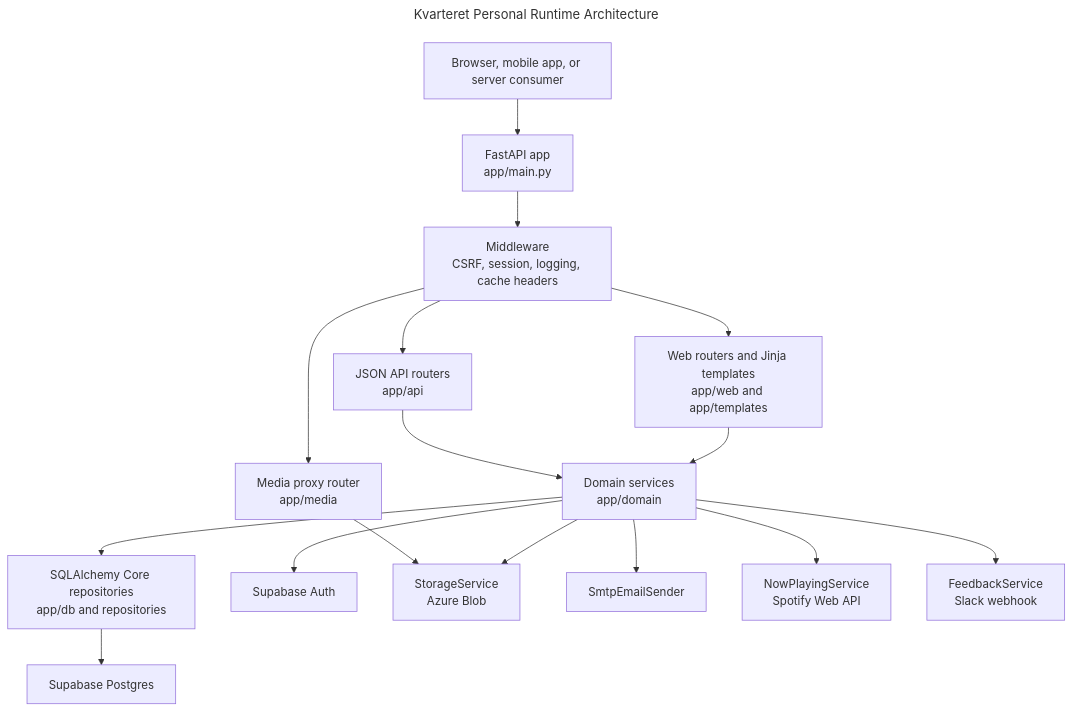
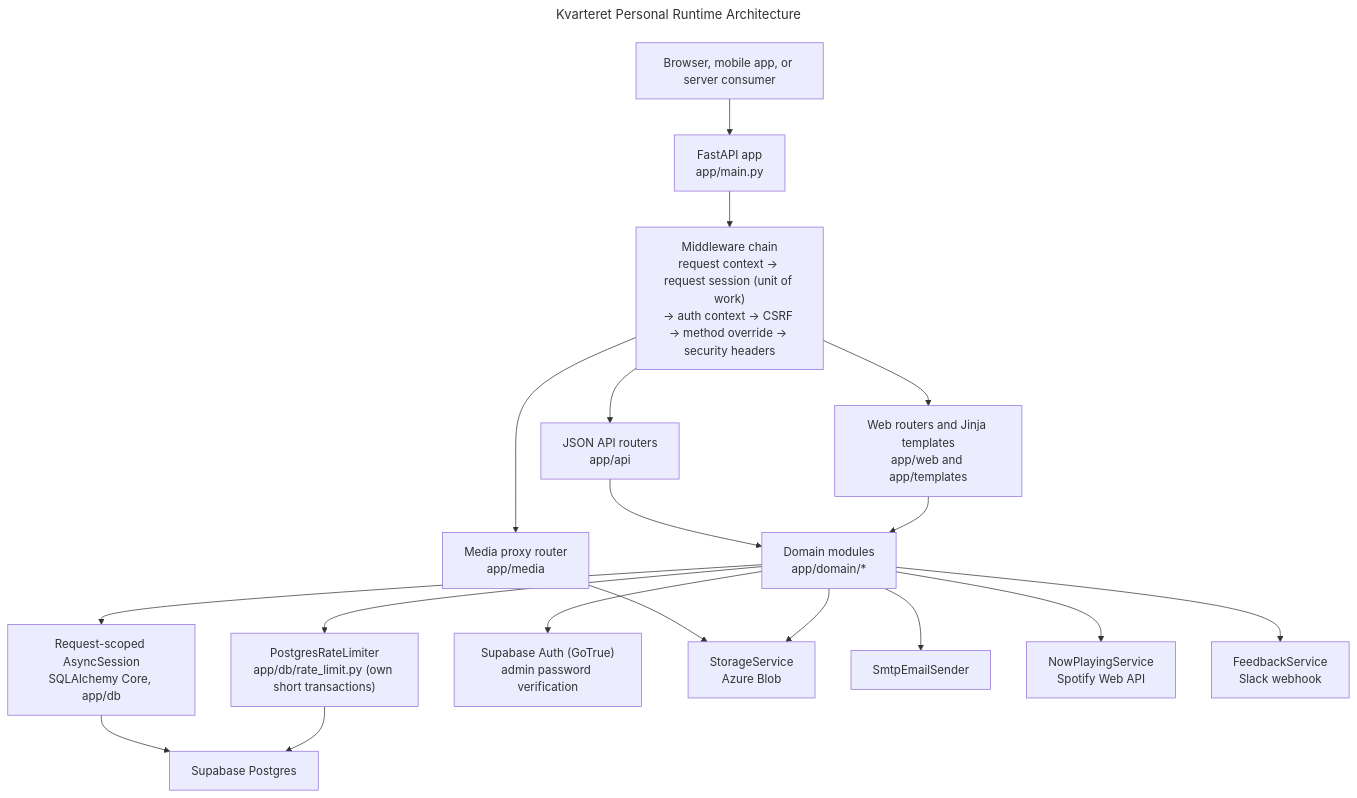
The first of 3 diagrams in docs/explanation/kvarteret-personal-architecture.md (kvarteret/kvarteret-personal), drawn with Mermaid before and after one commit. The commit also changed other lines of this file and 7 other files, not shown here.

First line of the commit message:
docs: refresh Diataxis docs to as-built state with Mermaid diagrams

````diff
--- a/docs/explanation/kvarteret-personal-architecture.md
+++ b/docs/explanation/kvarteret-personal-architecture.md
@@ -14,36 +12,39 @@
 ```mermaid
 ---
 title: Kvarteret Personal Runtime Architecture
 ---
 flowchart TB
     client["Browser, mobile app, or server consumer"]
     app["FastAPI app\napp/main.py"]
-    middleware["Middleware\nCSRF, session, logging, cache headers"]
+    middleware["Middleware chain\nrequest context → request session (unit of work)\n→ auth context → CSRF → method override → security headers"]
     api["JSON API routers\napp/api"]
     web["Web routers and Jinja templates\napp/web and app/templates"]
     media["Media proxy router\napp/media"]
-    domain["Domain services\napp/domain"]
-    db["SQLAlchemy Core repositories\napp/db and repositories"]
+    domain["Domain modules\napp/domain/*"]
+    db["Request-scoped AsyncSession\nSQLAlchemy Core, app/db"]
+    ratelimit["PostgresRateLimiter\napp/db/rate_limit.py (own short transactions)"]
     supabaseDb["Supabase Postgres"]
-    supabaseAuth["Supabase Auth"]
+    supabaseAuth["Supabase Auth (GoTrue)\nadmin password verification"]
     storage["StorageService\nAzure Blob"]
     email["SmtpEmailSender"]
     spotify["NowPlayingService\nSpotify Web API"]
     feedback["FeedbackService\nSlack webhook"]
 
     client --> app
     app --> middleware
     middleware --> api
     middleware --> web
     middleware --> media
     api --> domain
     web --> domain
     media --> storage
     domain --> db
+    domain --> ratelimit
     db --> supabaseDb
+    ratelimit --> supabaseDb
     domain --> supabaseAuth
     domain --> storage
     domain --> email
     domain --> spotify
     domain --> feedback
 ```
````
